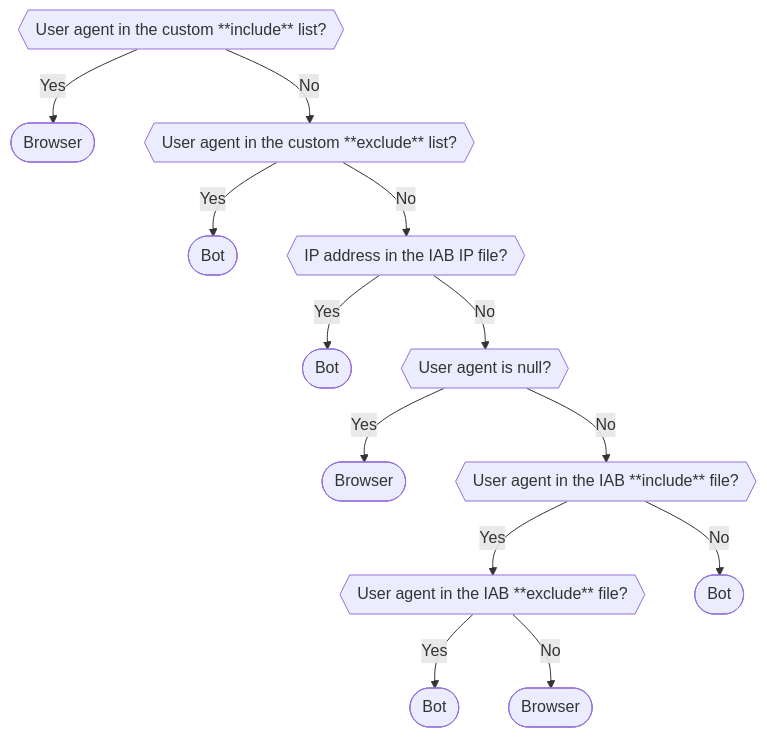
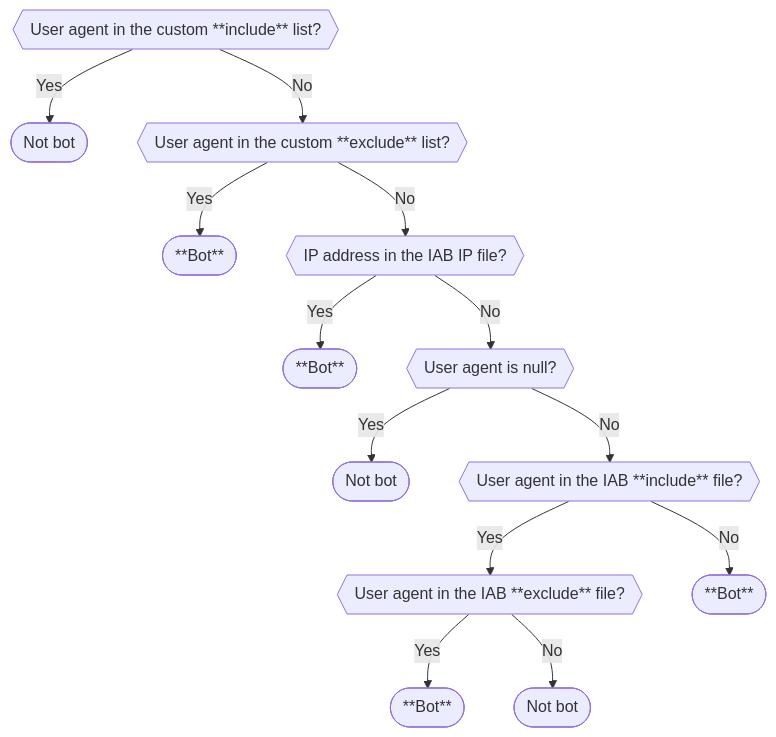
One commit to snowplow/documentation changed the diagram in docs/pipeline/enrichments/available-enrichments/iab-enrichment/index.md. Above: the diagram before and after it, drawn with Mermaid.

Commit message:
Rename browser to not bot

````diff
--- a/docs/pipeline/enrichments/available-enrichments/iab-enrichment/index.md
+++ b/docs/pipeline/enrichments/available-enrichments/iab-enrichment/index.md
@@ -21,17 +21,17 @@
 ```mermaid
 flowchart TD
   IncList{{User agent in the custom **include** list?}}:::nowrap
-  IncList -->|Yes| Browser1([Browser])
+  IncList -->|Yes| NotBot1([Not bot])
   IncList -->|No| ExcList{{User agent in the custom **exclude** list?}}:::nowrap
-  ExcList -->|Yes| Bot1([Bot])
+  ExcList -->|Yes| Bot1([**Bot**])
   ExcList -->|No| IpFile{{IP address in the IAB IP file?}}:::nowrap
-  IpFile -->|Yes| Bot2([Bot])
+  IpFile -->|Yes| Bot2([**Bot**])
   IpFile -->|No| NullUA{{User agent is null?}}:::nowrap
-  NullUA -->|Yes| Browser2([Browser])
+  NullUA -->|Yes| NotBot2([Not bot])
   NullUA -->|No| IncFile{{User agent in the IAB **include** file?}}:::nowrap
   IncFile -->|Yes| ExcFile{{User agent in the IAB **exclude** file?}}:::nowrap
-  IncFile -->|No| Bot3([Bot])
-  ExcFile -->|Yes| Bot4([Bot])
-  ExcFile -->|No| Browser3([Browser])
+  IncFile -->|No| Bot3([**Bot**])
+  ExcFile -->|Yes| Bot4([**Bot**])
+  ExcFile -->|No| NotBot3([Not bot])
   classDef nowrap white-space:nowrap
 ```
````
